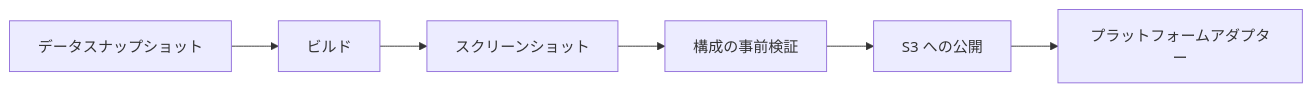
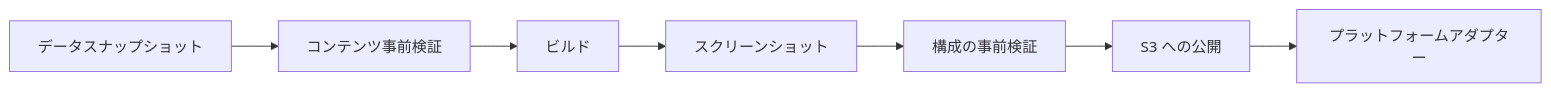
Before and after one commit to TenviLi/splatoon3-bot: the first of 2 diagrams in README.ja.md, drawn with Mermaid. The commit also changed other lines of this file and 14 other files, not shown here.

````diff
--- a/README.ja.md
+++ b/README.ja.md
@@ -197,8 +200,9 @@
 ```mermaid
 flowchart LR
-  snapshot["データスナップショット"] --> build["ビルド"]
+  snapshot["データスナップショット"] --> content["コンテンツ事前検証"]
+  content --> build["ビルド"]
   build --> screenshots["スクリーンショット"]
-  screenshots --> preflight["構成の事前検証"]
-  preflight --> publish["S3 への公開"]
+  screenshots --> config["構成の事前検証"]
+  config --> publish["S3 への公開"]
   publish --> adapters["プラットフォームアダプター"]
 ```
````
